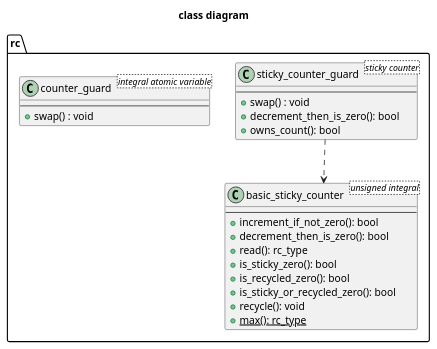
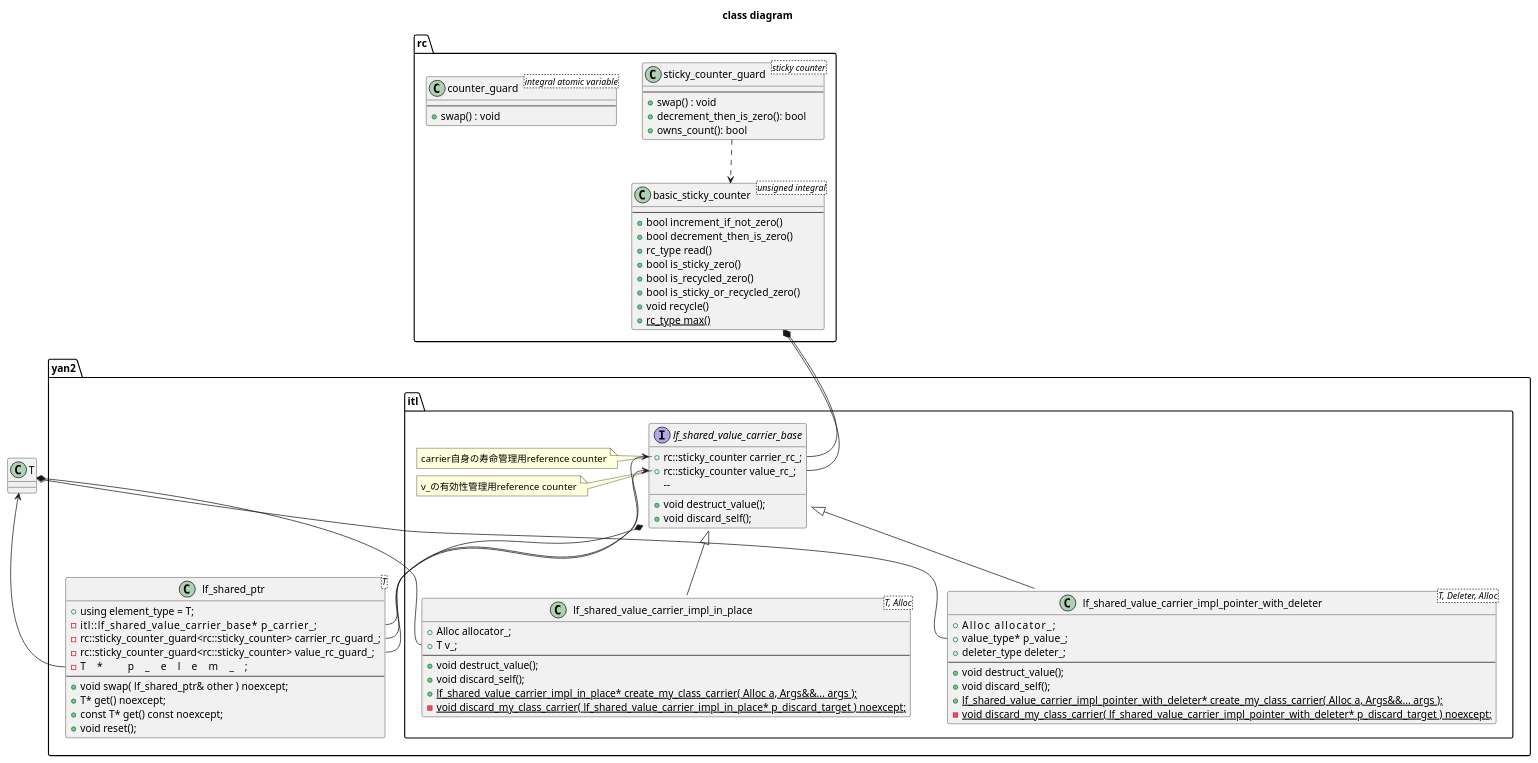
The diagram in doc/class_dependency_diagram.puml (PFA03027/yan_lf_shared_ptr), drawn with PlantUML before and after one commit.

Commit message:
doc: update plantuml

```diff
--- a/doc/class_dependency_diagram.puml
+++ b/doc/class_dependency_diagram.puml
@@ -1,35 +1,105 @@
 @startuml
 
 title class diagram
 
+class T {}
+
 namespace rc {
 class basic_sticky_counter<unsigned integral> {
   --
-+ increment_if_not_zero(): bool
-+ decrement_then_is_zero(): bool
-+ read(): rc_type
-+ is_sticky_zero(): bool
-+ is_recycled_zero(): bool
-+ is_sticky_or_recycled_zero(): bool
-+ recycle(): void
-+ {static} max(): rc_type
++ bool increment_if_not_zero()
++ bool decrement_then_is_zero()
++ rc_type read()
++ bool is_sticky_zero()
++ bool is_recycled_zero()
++ bool is_sticky_or_recycled_zero()
++ void recycle()
++ {static} rc_type max()
 }
 
 
 class sticky_counter_guard<sticky counter> {
     --
     + swap() : void
     + decrement_then_is_zero(): bool
     + owns_count(): bool
 }
 
 sticky_counter_guard ..> basic_sticky_counter
 
 class counter_guard<integral atomic variable> {
     --
     + swap() : void
 }
 
 }
 
+namespace yan2 {
+namespace itl {
+
+interface lf_shared_value_carrier_base {
+	+ rc::sticky_counter carrier_rc_;
+	+ rc::sticky_counter value_rc_;
+    --
+    + void destruct_value(); 
+    + void discard_self();
+}
+note left of lf_shared_value_carrier_base::carrier_rc_
+  carrier自身の寿命管理用reference counter
+end note
+note left of lf_shared_value_carrier_base::value_rc_
+  v_の有効性管理用reference counter
+end note
+
+basic_sticky_counter *-- lf_shared_value_carrier_base::carrier_rc_
+basic_sticky_counter *-- lf_shared_value_carrier_base::value_rc_
+
+
+class lf_shared_value_carrier_impl_in_place<T, Alloc> {
+    + Alloc allocator_;
+    + T v_;
+    --
+    + void destruct_value(); 
+    + void discard_self();
+    + {static} lf_shared_value_carrier_impl_in_place* create_my_class_carrier( Alloc a, Args&&... args );
+    - {static} void discard_my_class_carrier( lf_shared_value_carrier_impl_in_place* p_discard_target ) noexcept;
+}
+T *-- lf_shared_value_carrier_impl_in_place::v_
+
+class lf_shared_value_carrier_impl_pointer_with_deleter<T, Deleter, Alloc> {
+    + Alloc        allocator_;
+	+ value_type*  p_value_;
+	+ deleter_type deleter_;
+    --
+    + void destruct_value(); 
+    + void discard_self();
+    + {static} lf_shared_value_carrier_impl_pointer_with_deleter* create_my_class_carrier( Alloc a, Args&&... args );
+    - {static} void discard_my_class_carrier( lf_shared_value_carrier_impl_pointer_with_deleter* p_discard_target ) noexcept;
+}
+T o-- lf_shared_value_carrier_impl_pointer_with_deleter::p_value_
+
+lf_shared_value_carrier_base <|-- lf_shared_value_carrier_impl_in_place
+lf_shared_value_carrier_base <|-- lf_shared_value_carrier_impl_pointer_with_deleter
+
+}
+
+class lf_shared_ptr<T> {
+    + using element_type = T;
+    - itl::lf_shared_value_carrier_base*           p_carrier_;
+	- rc::sticky_counter_guard<rc::sticky_counter> carrier_rc_guard_;
+	- rc::sticky_counter_guard<rc::sticky_counter> value_rc_guard_;
+	- T*                                           p_elem_;
+    --
+    + void swap( lf_shared_ptr& other ) noexcept;
+    + T* get() noexcept;
+    + const T* get() const noexcept;
+    + void reset();
+}
+lf_shared_value_carrier_base *-- lf_shared_ptr::p_carrier_
+lf_shared_value_carrier_base::carrier_rc_ <-- lf_shared_ptr::carrier_rc_guard_
+lf_shared_value_carrier_base::value_rc_ <-- lf_shared_ptr::value_rc_guard_
+T <-- lf_shared_ptr::p_elem_
+
+}
+
 @enduml
```
